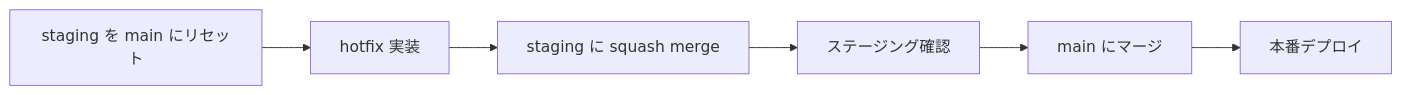
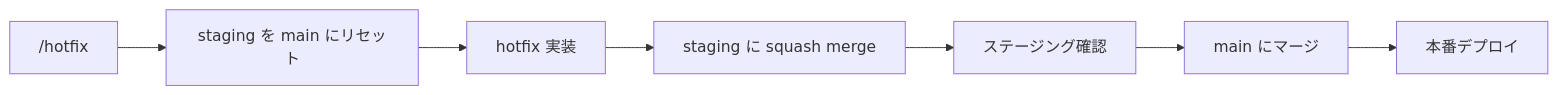
Before and after one commit to nyan-tama/Ghostrunner: the ninth of 9 diagrams in 開発/検討中/2026-03-02_デプロイフローパターン定型化.md, drawn with Mermaid. The commit also changed other lines of this file, not shown here.

````diff
--- a/開発/検討中/2026-03-02_デプロイフローパターン定型化.md
+++ b/開発/検討中/2026-03-02_デプロイフローパターン定型化.md
@@ -396,8 +315,9 @@
 ```mermaid
 flowchart LR
-    A["staging を main にリセット"] --> B["hotfix 実装"]
-    B --> C["staging に squash merge"]
-    C --> D["ステージング確認"]
-    D --> E["main にマージ"]
-    E --> F["本番デプロイ"]
+    A["/hotfix"] --> B["staging を main にリセット"]
+    B --> C["hotfix 実装"]
+    C --> D["staging に squash merge"]
+    D --> E["ステージング確認"]
+    E --> F["main にマージ"]
+    F --> G["本番デプロイ"]
 ```
````
